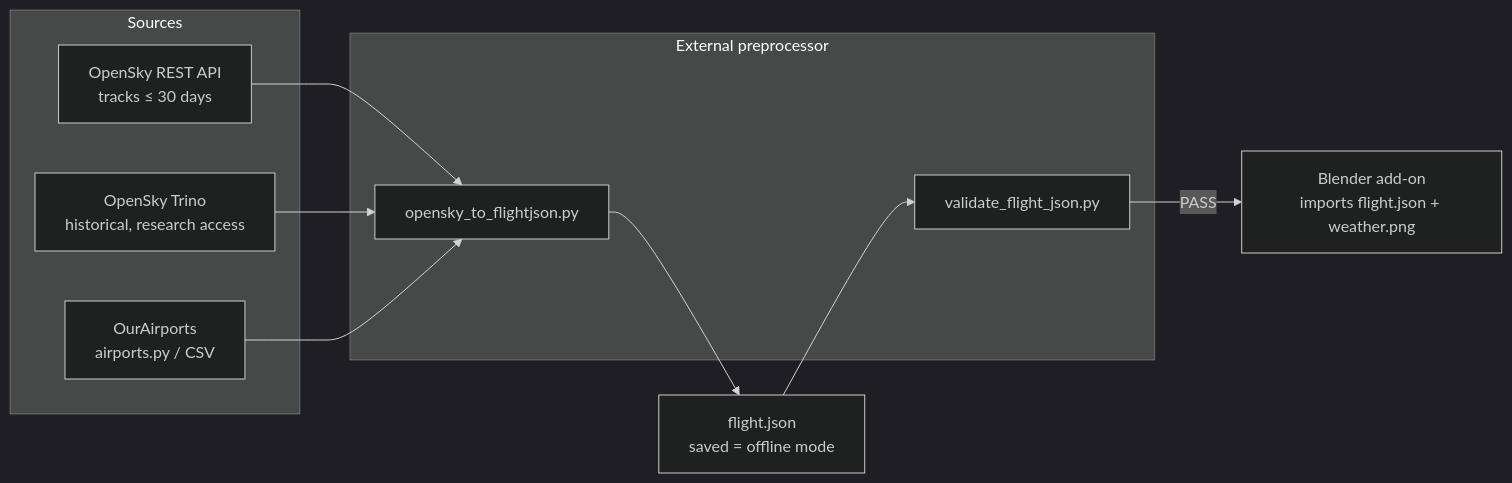
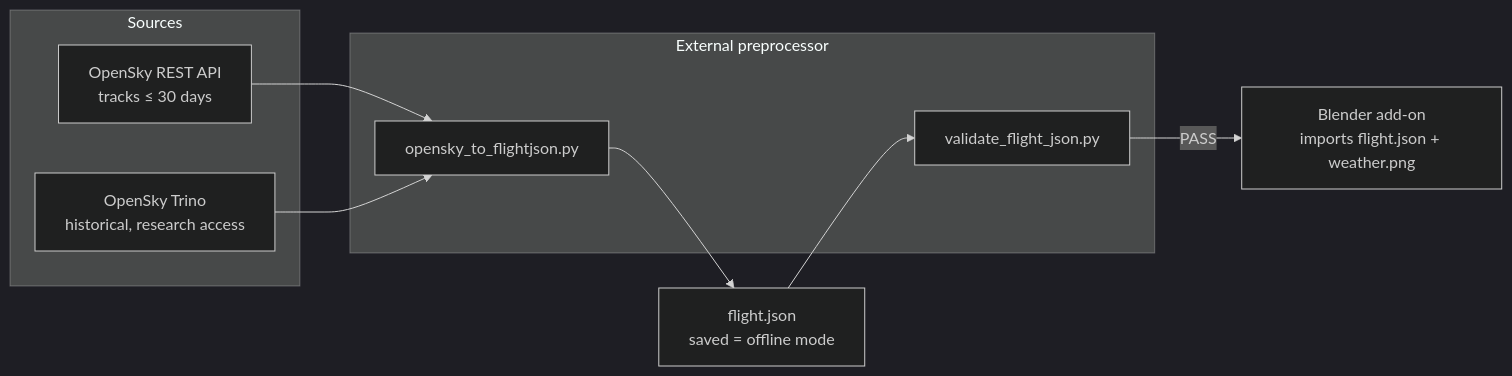
Before and after one commit to erinc-emre/DBP: the diagram in preprocess/README.md, drawn with Mermaid (dark theme). The commit also changed other lines of this file and 6 other files, not shown here.

````diff
--- a/preprocess/README.md
+++ b/preprocess/README.md
@@ -33,18 +33,16 @@
 ```mermaid
 flowchart LR
     subgraph Sources
         A[OpenSky REST API<br/>tracks &le; 30 days]
         B[OpenSky Trino<br/>historical, research access]
-        C[OurAirports<br/>airports.py / CSV]
     end
     subgraph Preprocessor [External preprocessor]
         D[opensky_to_flightjson.py]
         F[validate_flight_json.py]
     end
     A --> D
     B --> D
-    C --> D
     D --> G[flight.json<br/>saved = offline mode]
     G --> F
     F -->|PASS| H[Blender add-on<br/>imports flight.json + weather.png]
 ```
````
